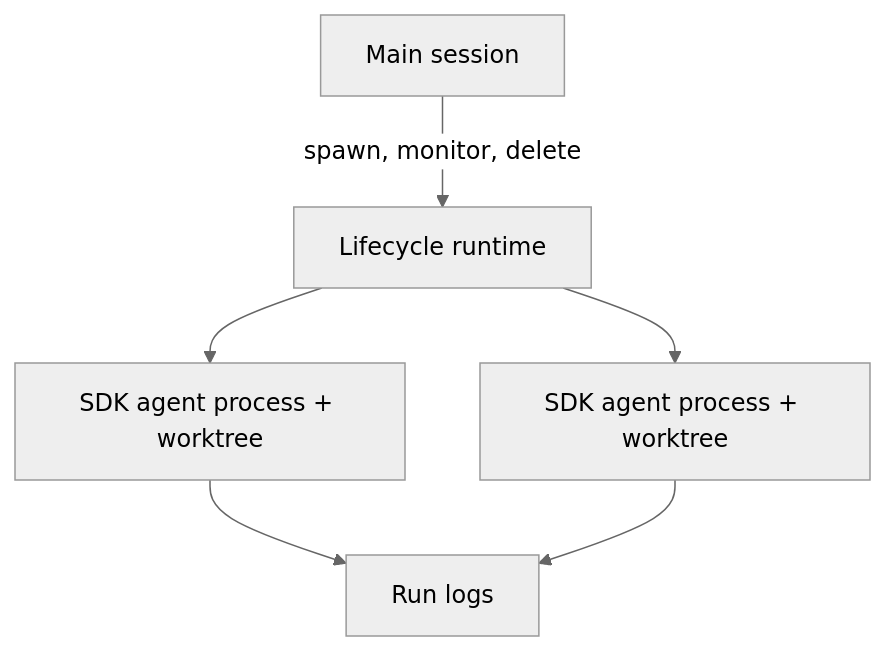
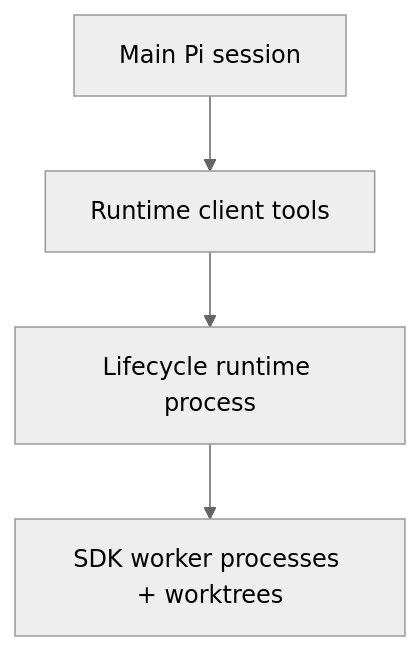
The second of 2 diagrams in docs/crew/hall-controller-runtime-probe.md (MockaSort-Studio/hall-of-automata-cli), drawn with Mermaid (neutral theme) before and after one commit. The commit also changed other lines of this file and 11 other files, not shown here.

````diff
--- a/docs/crew/hall-controller-runtime-probe.md
+++ b/docs/crew/hall-controller-runtime-probe.md
@@ -17,14 +38,9 @@
 ```mermaid
 flowchart TB
-  Main[Main session]
-  Lifecycle[Lifecycle runtime]
-  A[SDK agent process + worktree]
-  B[SDK agent process + worktree]
-  Logs[Run logs]
+  Main[Main Pi session]
+  Client[Runtime client tools]
+  Lifecycle[Lifecycle runtime process]
+  Workers[SDK worker processes + worktrees]
 
-  Main -->|spawn, monitor, delete| Lifecycle
-  Lifecycle --> A
-  Lifecycle --> B
-  A --> Logs
-  B --> Logs
+  Main --> Client --> Lifecycle --> Workers
 ```
````
